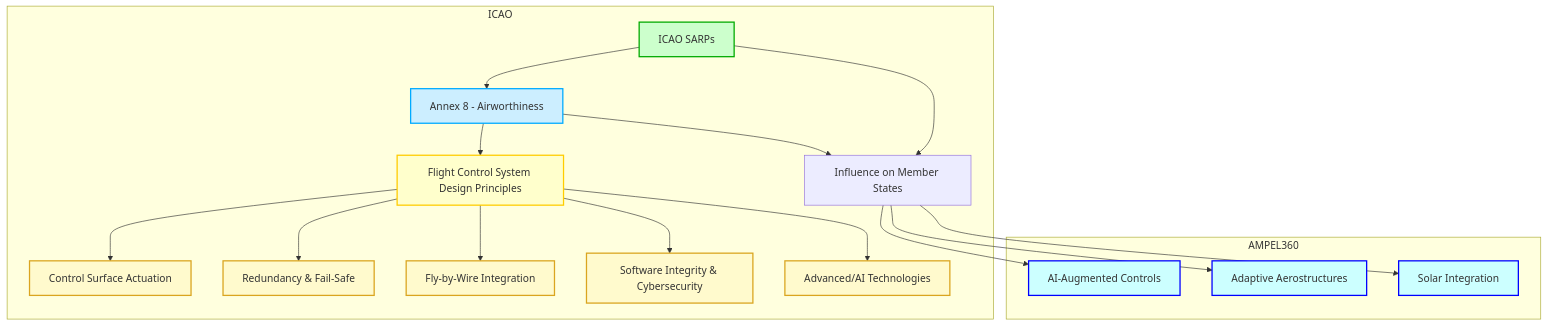
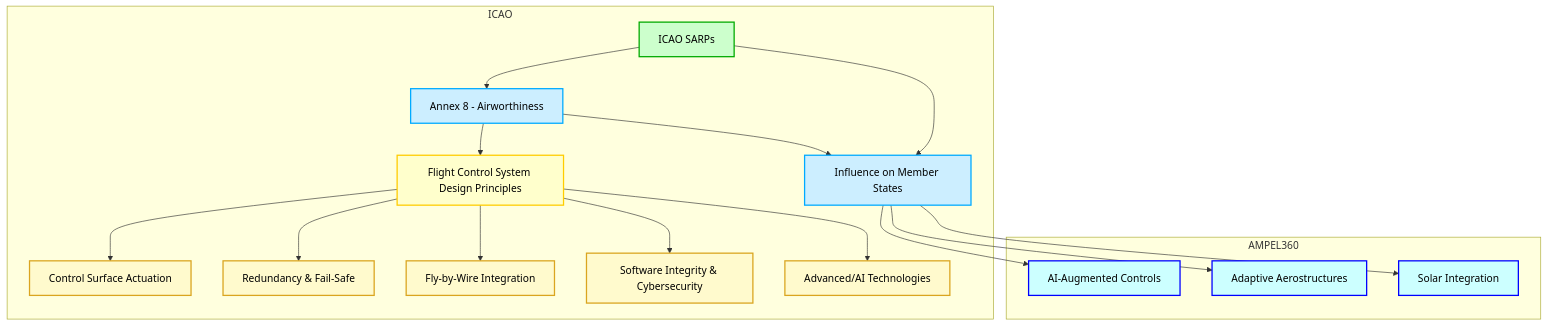
The second of 5 diagrams in FTC_27-00-00-00-000 – ATA_27-Flight-Controls.md (Robbbo-T/Ampel360XWLRGA), drawn with Mermaid before and after one commit. The commit also changed other lines of this file, not shown here.

Commit message:
Update FTC_27-00-00-00-000 – ATA_27-Flight-Controls.md

````diff
--- a/FTC_27-00-00-00-000 – ATA_27-Flight-Controls.md
+++ b/FTC_27-00-00-00-000 – ATA_27-Flight-Controls.md
@@ -801,34 +801,35 @@
 ```mermaid
 graph TD
     subgraph ICAO
         A[ICAO SARPs] --> B[Annex 8 - Airworthiness]
         B --> C[Flight Control System Design Principles]
         C --> D[Control Surface Actuation]
         C --> E[Redundancy & Fail-Safe]
         C --> F[Fly-by-Wire Integration]
         C --> G[Software Integrity & Cybersecurity]
         C --> H[Advanced/AI Technologies]
         B --> I[Influence on Member States]
     end
     subgraph AMPEL360
         J[AI-Augmented Controls]
         K[Adaptive Aerostructures]
         L[Solar Integration]
     end
     A --> I
     I --> J
     I --> K
     I --> L
 
-    style A fill:#ccffcc,stroke:#00aa00,stroke-width:2px
-    style B fill:#cceeff,stroke:#00aaff,stroke-width:2px
-    style C fill:#ffffcc,stroke:#ffcc00,stroke-width:2px
-    style D fill:#fffacd,stroke:#daa520,stroke-width:2px
-    style E fill:#fffacd,stroke:#daa520,stroke-width:2px
-    style F fill:#fffacd,stroke:#daa520,stroke-width:2px
-    style G fill:#fffacd,stroke:#daa520,stroke-width:2px
-    style H fill:#fffacd,stroke:#daa520,stroke-width:2px
-    style J fill:#ccffff,stroke:#0000ff,stroke-width:2px
-    style K fill:#ccffff,stroke:#0000ff,stroke-width:2px
-    style L fill:#ccffff,stroke:#0000ff,stroke-width:2px
+    style A fill:#ccffcc,stroke:#00aa00,stroke-width:2px,color:#000
+    style B fill:#cceeff,stroke:#00aaff,stroke-width:2px,color:#000
+    style C fill:#ffffcc,stroke:#ffcc00,stroke-width:2px,color:#000
+    style D fill:#fffacd,stroke:#daa520,stroke-width:2px,color:#000
+    style E fill:#fffacd,stroke:#daa520,stroke-width:2px,color:#000
+    style F fill:#fffacd,stroke:#daa520,stroke-width:2px,color:#000
+    style G fill:#fffacd,stroke:#daa520,stroke-width:2px,color:#000
+    style H fill:#fffacd,stroke:#daa520,stroke-width:2px,color:#000
+    style I fill:#cceeff,stroke:#00aaff,stroke-width:2px,color:#000
+    style J fill:#ccffff,stroke:#0000ff,stroke-width:2px,color:#000
+    style K fill:#ccffff,stroke:#0000ff,stroke-width:2px,color:#000
+    style L fill:#ccffff,stroke:#0000ff,stroke-width:2px,color:#000
 ```
````
